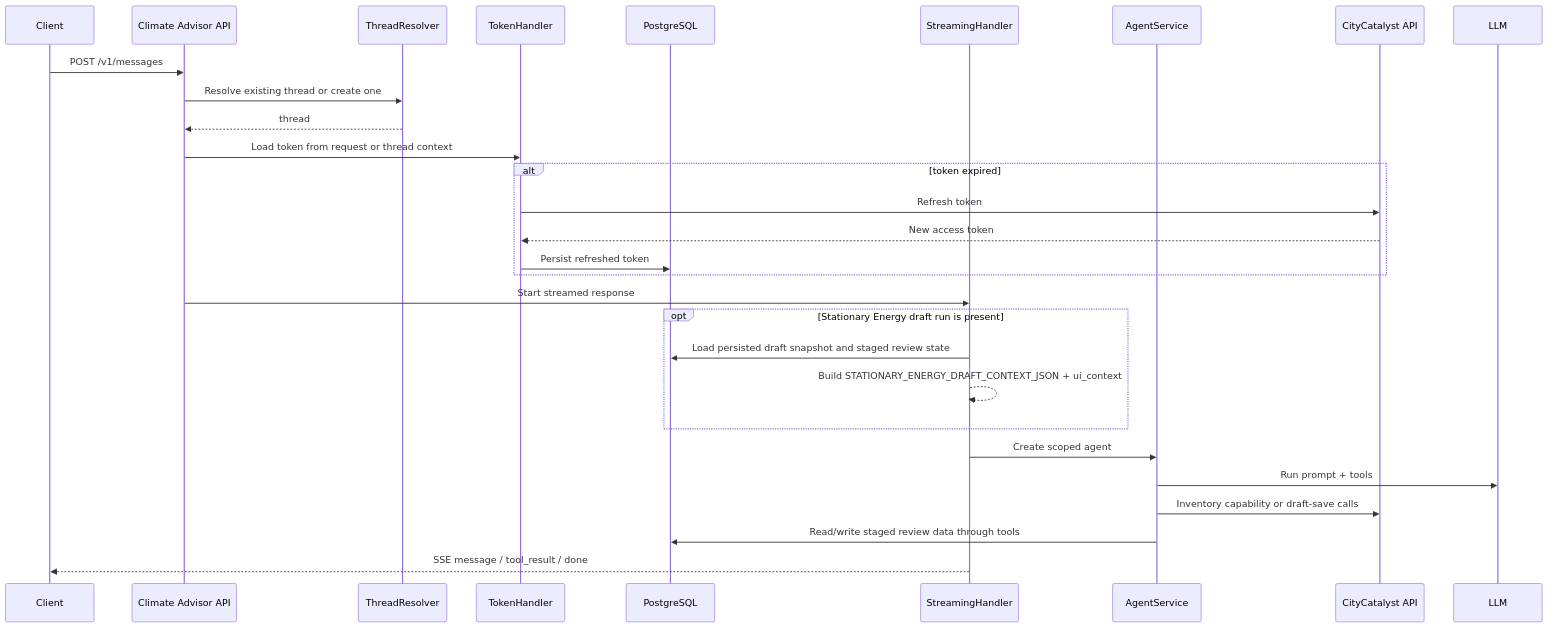
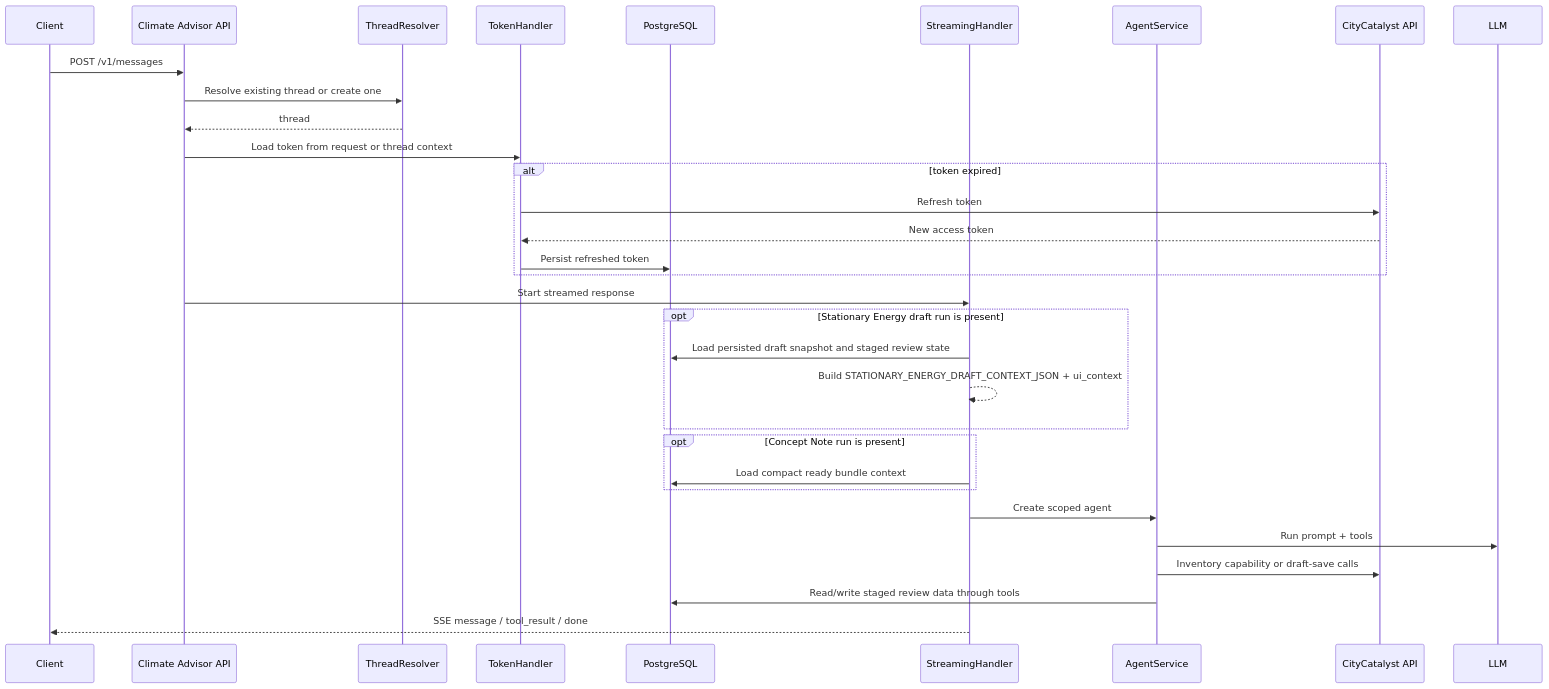
One commit to Open-Earth-Foundation/CityCatalyst changed the second of 4 diagrams in climate-advisor/docs/architecture.md. Above: the diagram before and after it, drawn with Mermaid. The commit also changed other lines of this file and 39 other files, not shown here.

````diff
--- a/climate-advisor/docs/architecture.md
+++ b/climate-advisor/docs/architecture.md
@@ -51,34 +51,37 @@
 ```mermaid
 sequenceDiagram
     participant Client
     participant API as Climate Advisor API
     participant Thread as ThreadResolver
     participant Token as TokenHandler
     participant DB as PostgreSQL
     participant Stream as StreamingHandler
     participant Agent as AgentService
     participant CC as CityCatalyst API
 
     Client->>API: POST /v1/messages
     API->>Thread: Resolve existing thread or create one
     Thread-->>API: thread
 
     API->>Token: Load token from request or thread context
     alt token expired
         Token->>CC: Refresh token
         CC-->>Token: New access token
         Token->>DB: Persist refreshed token
     end
 
     API->>Stream: Start streamed response
     opt Stationary Energy draft run is present
         Stream->>DB: Load persisted draft snapshot and staged review state
         Stream-->>Stream: Build STATIONARY_ENERGY_DRAFT_CONTEXT_JSON + ui_context
     end
+    opt Concept Note run is present
+        Stream->>DB: Load compact ready bundle context
+    end
 
     Stream->>Agent: Create scoped agent
     Agent->>LLM: Run prompt + tools
     Agent->>CC: Inventory capability or draft-save calls
     Agent->>DB: Read/write staged review data through tools
     Stream-->>Client: SSE message / tool_result / done
 ```
````
